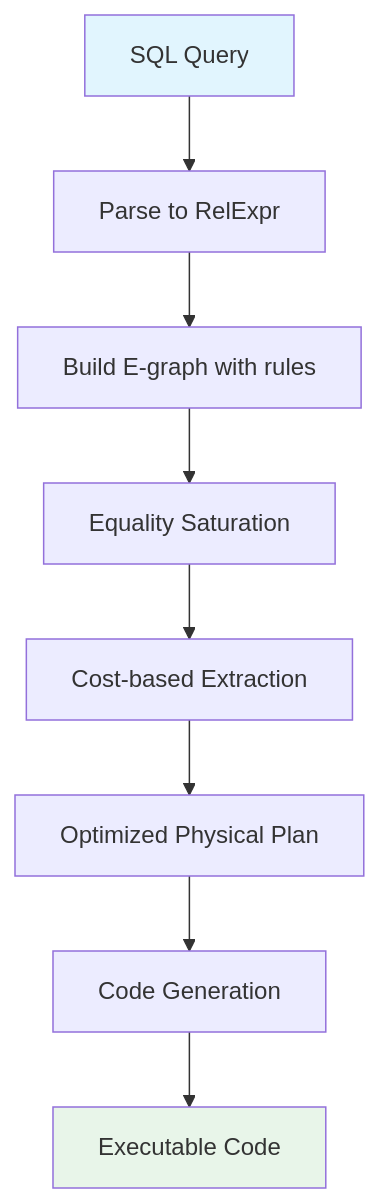
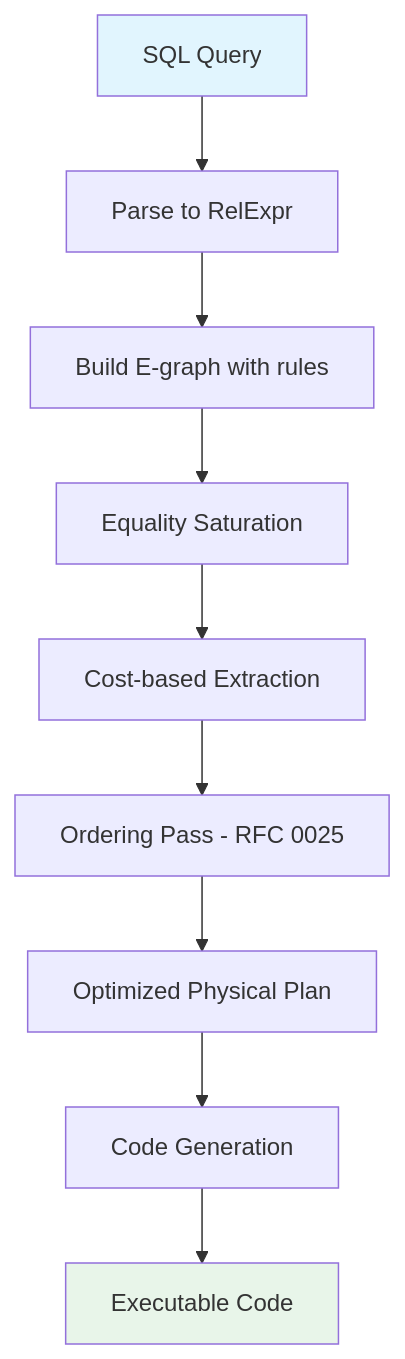
The second of 8 diagrams in docs/architecture.md (gburd/ra), drawn with Mermaid before and after one commit. The commit also changed other lines of this file and 8 other files, not shown here.

First line of the commit message:
release: v0.4.0 — ordering pass, benchmark update, repo cleanup

````diff
--- a/docs/architecture.md
+++ b/docs/architecture.md
@@ -191,13 +193,14 @@
 ```mermaid
 flowchart TD
     SQL[SQL Query] --> Parse[Parse to RelExpr]
     Parse --> EGraph[Build E-graph with rules]
     EGraph --> Saturate[Equality Saturation]
     Saturate --> Extract[Cost-based Extraction]
-    Extract --> Physical[Optimized Physical Plan]
+    Extract --> Ordering[Ordering Pass - RFC 0025]
+    Ordering --> Physical[Optimized Physical Plan]
     Physical --> Codegen[Code Generation]
     Codegen --> Exec[Executable Code]
 
     style SQL fill:#e1f5fe
     style Exec fill:#e8f5e9
 ```
````
